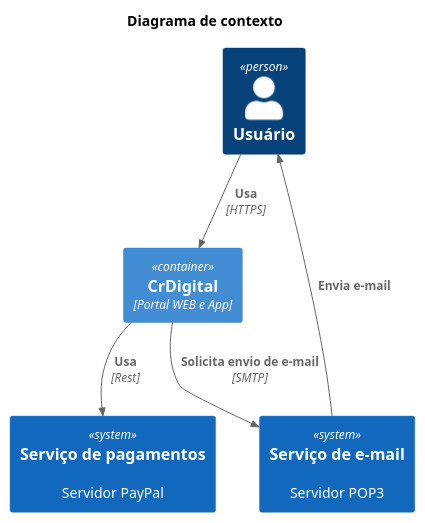
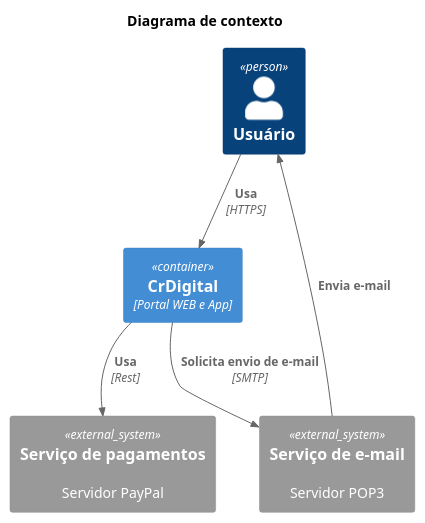
Before and after one commit to elissonlobao/igti-arq-web-trabalho-pratico: the diagram in src/01-diagrama-contexto/01-diagrama_contexto.puml, drawn with PlantUML. The commit also changed 22 other files, not shown here.

Commit message:
Implementação dos Diagramas de código

```diff
--- a/src/01-diagrama-contexto/01-diagrama_contexto.puml
+++ b/src/01-diagrama-contexto/01-diagrama_contexto.puml
@@ -1,16 +1,16 @@
 @startuml C4_Elements
 !include shared/C4/C4_Container.puml
 
 title Diagrama de contexto
 
 Person(persona, "Usuário")
 Container(container, "CrDigital", "Portal WEB e App")
-System(servidorEmail, "Serviço de e-mail", "Servidor POP3")
-System(servidorPaypal, "Serviço de pagamentos", "Servidor PayPal")
+System_Ext(servidorEmail, "Serviço de e-mail", "Servidor POP3")
+System_Ext(servidorPaypal, "Serviço de pagamentos", "Servidor PayPal")
 
 Rel(persona, container, "Usa", "HTTPS")
 Rel(container, servidorEmail, "Solicita envio de e-mail", "SMTP")
 Rel(container, servidorPaypal, "Usa", "Rest")
 Rel(servidorEmail, persona, "Envia e-mail")
 
 @enduml
```
